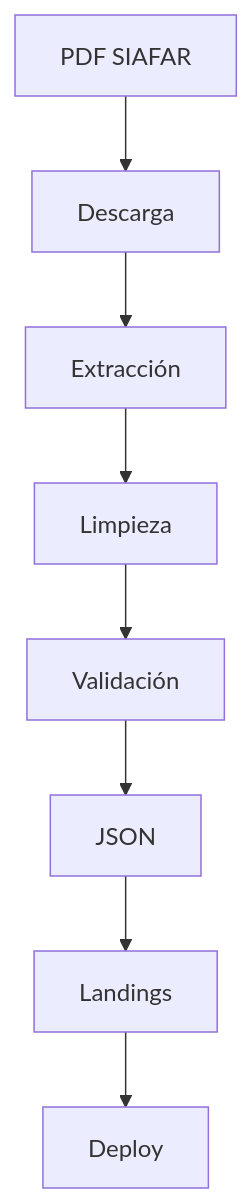
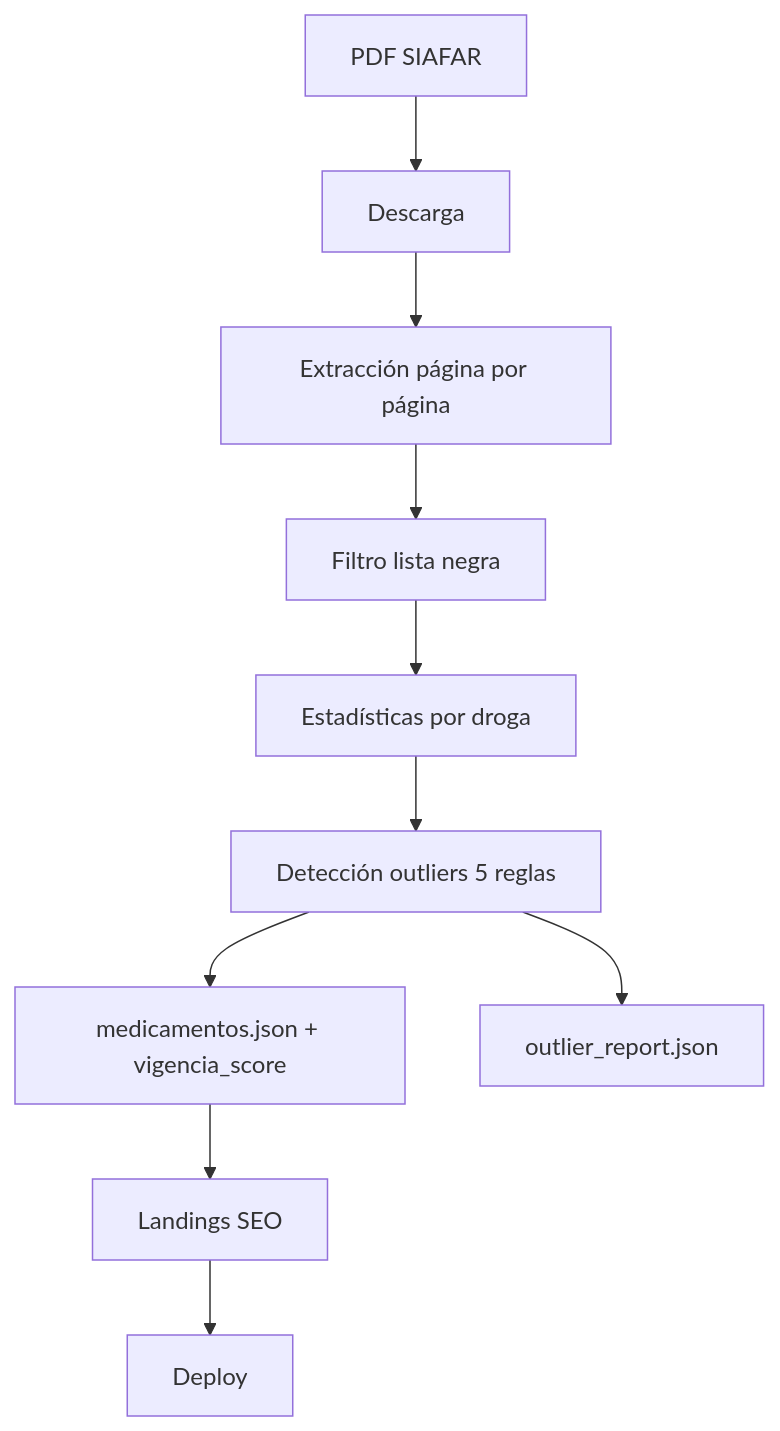
One commit to psbella/remediar changed the ninth of 10 diagrams in README.md. Above: the diagram before and after it, drawn with Mermaid. The commit also changed other lines of this file, not shown here.

````diff
--- a/README.md
+++ b/README.md
@@ -917,20 +1211,18 @@
 ```mermaid
 flowchart TD
 
     A[PDF SIAFAR]
     B[Descarga]
-    C[Extracción]
-    D[Limpieza]
-    E[Validación]
-    F[JSON]
-    G[Landings]
+    C[Extracción página por página]
+    BL[Filtro lista negra]
+    D[Estadísticas por droga]
+    E[Detección outliers 5 reglas]
+    F[medicamentos.json + vigencia_score]
+    R[outlier_report.json]
+    G[Landings SEO]
     H[Deploy]
 
-    A --> B
-    B --> C
-    C --> D
-    D --> E
-    E --> F
-    F --> G
-    G --> H
+    A --> B --> C --> BL --> D --> E
+    E --> F --> G --> H
+    E --> R
 ```
````
